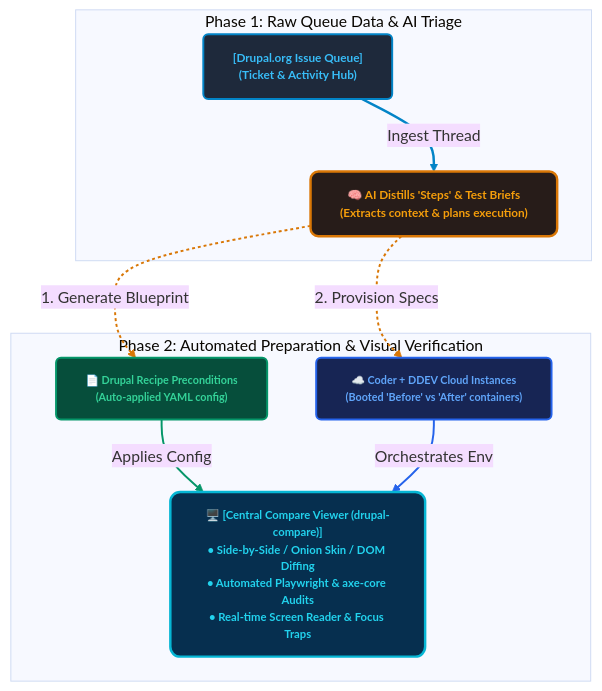
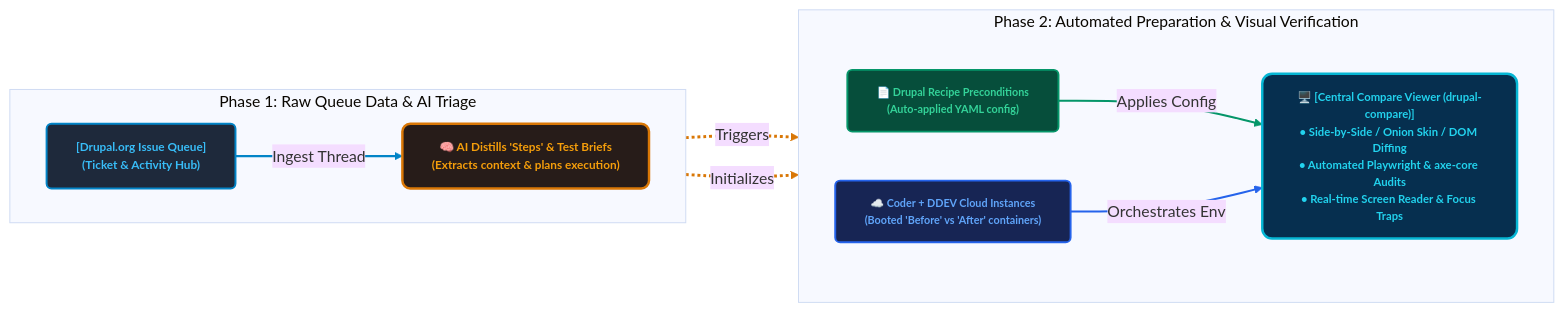
Before and after one commit to mgifford/mermaid-graphs: the second of 2 diagrams in Drupal-issue-queue.md, drawn with Mermaid (base theme). The commit also changed other lines of this file, not shown here.

````diff
--- a/Drupal-issue-queue.md
+++ b/Drupal-issue-queue.md
@@ -55,44 +51,41 @@
 ```mermaid
-flowchart TD
+flowchart LR
     %% Define Global Styles
     classDef originBox fill:#1e293b,stroke:#0284c7,stroke-width:2px,color:#38bdf8,font-size:12px,font-weight:bold,rx:5px,ry:5px;
     classDef aiBox fill:#271c19,stroke:#d97706,stroke-width:2.5px,color:#f59e0b,font-size:12px,font-weight:bold,rx:8px,ry:8px;
     classDef recipeBox fill:#064e3b,stroke:#059669,stroke-width:2px,color:#34d399,font-size:11px,font-weight:bold,rx:5px,ry:5px;
     classDef envBox fill:#172554,stroke:#2563eb,stroke-width:2px,color:#60a5fa,font-size:11px,font-weight:bold,rx:5px,ry:5px;
     classDef targetBox fill:#062f4f,stroke:#06b6d4,stroke-width:2.5px,color:#22d3ee,font-size:11.5px,font-weight:bold,rx:10px,ry:10px;
 
-    %% Row 1 Setup: Input & Intelligence
+    %% Row 1 (Input & AI): Wide Row
     subgraph Row1 [Phase 1: Raw Queue Data & AI Triage]
+        direction LR
         QueueNode["[Drupal.org Issue Queue]<br/>(Ticket & Activity Hub)"]:::originBox
         AINode["🧠 AI Distills 'Steps' & Test Briefs<br/>(Extracts context & plans execution)"]:::aiBox
+
+        QueueNode -->|Ingest Thread| AINode
     end
 
-    %% Row 2 Setup: Auto environments & Comparison
+    %% Transition down
+    AINode ==>|Triggers| RecipeNode
+    AINode ==>|Initializes| ContainerNode
+
+    %% Row 2 (Preparation & Verification): Horizontal, wider layout
     subgraph Row2 [Phase 2: Automated Preparation & Visual Verification]
+        direction LR
         RecipeNode["📄 Drupal Recipe Preconditions<br/>(Auto-applied YAML config)"]:::recipeBox
         ContainerNode["☁️ Coder + DDEV Cloud Instances<br/>(Booted 'Before' vs 'After' containers)"]:::envBox
         ViewerNode["🖥️ [Central Compare Viewer (drupal-compare)]<br/>• Side-by-Side / Onion Skin / DOM Diffing<br/>• Automated Playwright & axe-core Audits<br/>• Real-time Screen Reader & Focus Traps"]:::targetBox
+
+        %% Ensure parallel horizontal paths pointing to the target on the right
+        RecipeNode -->|Applies Config| ViewerNode
+        ContainerNode -->|Orchestrates Env| ViewerNode
     end
 
-    %% Ingest sequence
-    QueueNode -->|Ingest Thread| AINode
-
-    %% Top Row to Bottom Row AI-Driven triggers 
-    AINode -->|1. Generate Blueprint| RecipeNode
-    AINode -->|2. Provision Specs| ContainerNode
-
-    %% Consolidate to Viewer
-    RecipeNode -->|Applies Config| ViewerNode
-    ContainerNode -->|Orchestrates Env| ViewerNode
-
-    %% Vertical invisibles to maintain visual row stacking
-    QueueNode ~~~ RecipeNode
-    AINode ~~~ ContainerNode
-
-    %% Apply visual styling pathways
+    %% Connection styles
     linkStyle 0 stroke:#0284c7,stroke-width:2.5px;
-    linkStyle 1 stroke:#d97706,stroke-width:2px,stroke-dasharray:3 3;
-    linkStyle 2 stroke:#d97706,stroke-width:2px,stroke-dasharray:3 3;
+    linkStyle 1 stroke:#d97706,stroke-width:3px,stroke-dasharray:3 3;
+    linkStyle 2 stroke:#d97706,stroke-width:3px,stroke-dasharray:3 3;
     linkStyle 3 stroke:#059669,stroke-width:2px;
     linkStyle 4 stroke:#2563eb,stroke-width:2px;
 ```
````
